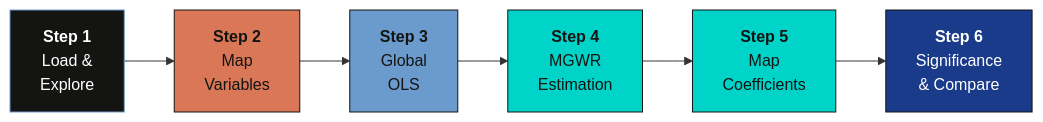
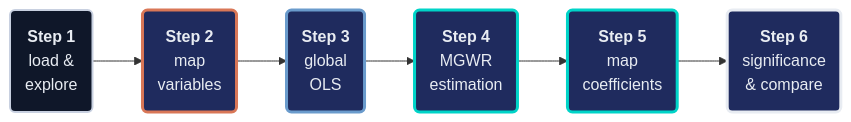
Before and after one commit to cmg777/starter-academic-v501: the diagram in content/post/python_mgwr/index.md, drawn with Mermaid. The commit also changed 16 other files, not shown here.

First line of the commit message:
content(mermaid): restyle flowcharts in Python posts, batch 1 of 2

````diff
--- a/content/post/python_mgwr/index.md
+++ b/content/post/python_mgwr/index.md
@@ -217,15 +217,18 @@
 ```mermaid
 graph LR
-    A["<b>Step 1</b><br/>Load &<br/>Explore"] --> B["<b>Step 2</b><br/>Map<br/>Variables"]
-    B --> C["<b>Step 3</b><br/>Global<br/>OLS"]
-    C --> D["<b>Step 4</b><br/>MGWR<br/>Estimation"]
-    D --> E["<b>Step 5</b><br/>Map<br/>Coefficients"]
-    E --> F["<b>Step 6</b><br/>Significance<br/>& Compare"]
-
-    style A fill:#141413,stroke:#6a9bcc,color:#fff
-    style B fill:#d97757,stroke:#141413,color:#141413
-    style C fill:#6a9bcc,stroke:#141413,color:#141413
-    style D fill:#00d4c8,stroke:#141413,color:#141413
-    style E fill:#00d4c8,stroke:#141413,color:#141413
-    style F fill:#1a3a8a,stroke:#141413,color:#fff
+    A("<b>Step 1</b><br/>load &<br/>explore") --> B("<b>Step 2</b><br/>map<br/>variables")
+    B --> C("<b>Step 3</b><br/>global<br/>OLS")
+    C --> D("<b>Step 4</b><br/>MGWR<br/>estimation")
+    D --> E("<b>Step 5</b><br/>map<br/>coefficients")
+    E --> F("<b>Step 6</b><br/>significance<br/>& compare")
+    classDef anchor fill:#0f1729,stroke:#c8d0e0,stroke-width:2px,color:#e8ecf2
+    classDef orange fill:#1f2b5e,stroke:#d97757,stroke-width:3px,color:#e8ecf2
+    classDef blue fill:#1f2b5e,stroke:#6a9bcc,stroke-width:3px,color:#e8ecf2
+    classDef teal fill:#1f2b5e,stroke:#00d4c8,stroke-width:3px,color:#e8ecf2
+    classDef key fill:#1f2b5e,stroke:#e8ecf2,stroke-width:3px,color:#e8ecf2
+    class A anchor
+    class B orange
+    class C blue
+    class D,E teal
+    class F key
 ```
````
